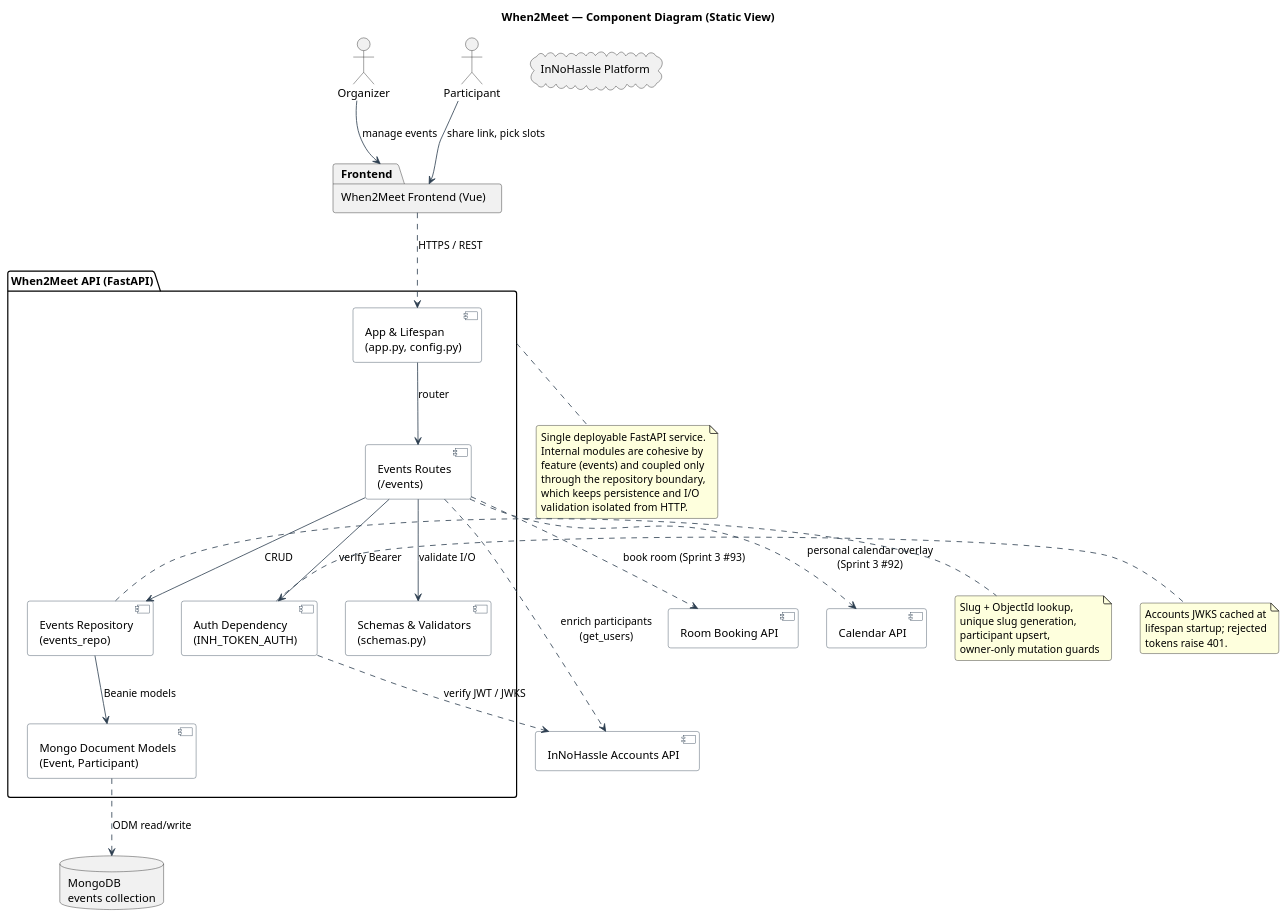
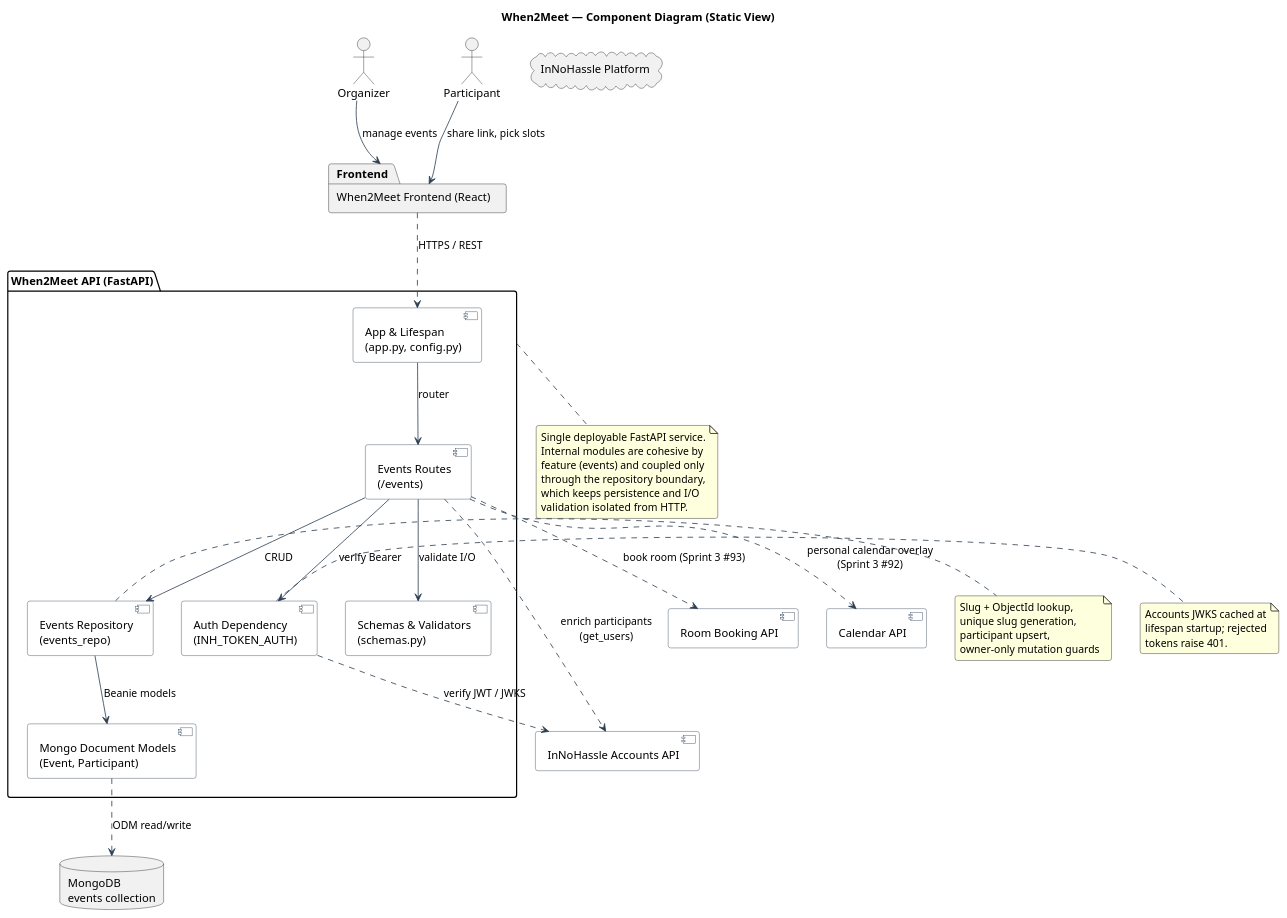
The diagram in src/when2meet/docs/architecture/static-view/component-diagram.puml (one-zero-eight/monorepo), drawn with PlantUML before and after one commit. The commit also changed 9 other files, not shown here.

First line of the commit message:
docs(when2meet): correct frontend stack to React in architecture

```diff
--- a/src/when2meet/docs/architecture/static-view/component-diagram.puml
+++ b/src/when2meet/docs/architecture/static-view/component-diagram.puml
@@ -1,83 +1,83 @@
 @startuml component-diagram
 ' When2Meet — Static view (component diagram)
 ' Source of truth for the maintained architecture static view.
 
 skinparam monochrome false
 skinparam shadowing false
 skinparam roundCorner 6
 skinparam component {
   BackgroundColor #FFFFFF
   BorderColor #2C3E50
   ArrowColor #2C3E50
 }
 skinparam interface {
   BackgroundColor #ECF0F1
   BorderColor #2C3E50
 }
 
 title When2Meet — Component Diagram (Static View)
 
 actor "Organizer" as Organizer
 actor "Participant" as Participant
 
-package "When2Meet Frontend (Vue)" as Frontend {
+package "When2Meet Frontend (React)" as Frontend {
 }
 
 package "When2Meet API (FastAPI)" as API {
   component "Events Routes\n(/events)" as Routes
   component "Events Repository\n(events_repo)" as Repo
   component "Schemas & Validators\n(schemas.py)" as Schemas
   component "Mongo Document Models\n(Event, Participant)" as Docs
   component "App & Lifespan\n(app.py, config.py)" as App
   component "Auth Dependency\n(INH_TOKEN_AUTH)" as AuthDep
 }
 
 component "InNoHassle Accounts API" as Accounts
 component "Room Booking API" as RoomBooking
 component "Calendar API" as Calendar
 
 database "MongoDB\nevents collection" as Mongo
 
 cloud "InNoHassle Platform" as Platform {
 
 }
 
 Organizer --> Frontend : manage events
 Participant --> Frontend : share link, pick slots
 
 Frontend ..> App : HTTPS / REST
 App --> Routes : router
 Routes --> AuthDep : verify Bearer
 AuthDep ..> Accounts : verify JWT / JWKS
 Routes --> Schemas : validate I/O
 Routes --> Repo : CRUD
 Repo --> Docs : Beanie models
 Docs ..> Mongo : ODM read/write
 
 Routes ..> Accounts : enrich participants\n(get_users)
 Routes ..> RoomBooking : book room (Sprint 3 #93)
 Routes ..> Calendar : personal calendar overlay\n(Sprint 3 #92)
 
 note right of Repo
   Slug + ObjectId lookup,
   unique slug generation,
   participant upsert,
   owner-only mutation guards
 end note
 
 note right of AuthDep
   Accounts JWKS cached at
   lifespan startup; rejected
   tokens raise 401.
 end note
 
 note bottom of API
   Single deployable FastAPI service.
   Internal modules are cohesive by
   feature (events) and coupled only
   through the repository boundary,
   which keeps persistence and I/O
   validation isolated from HTTP.
 end note
 
 @enduml
```
